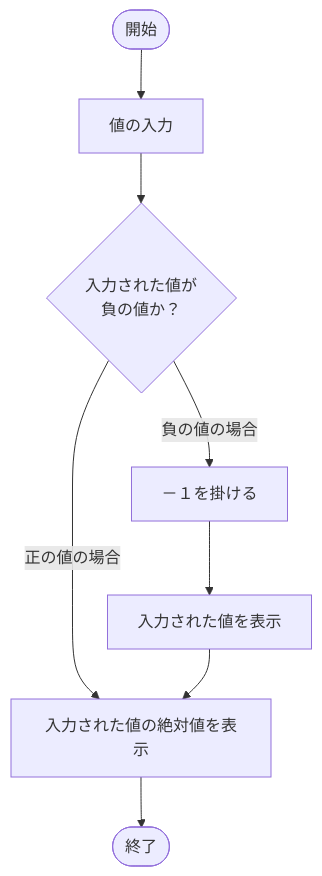
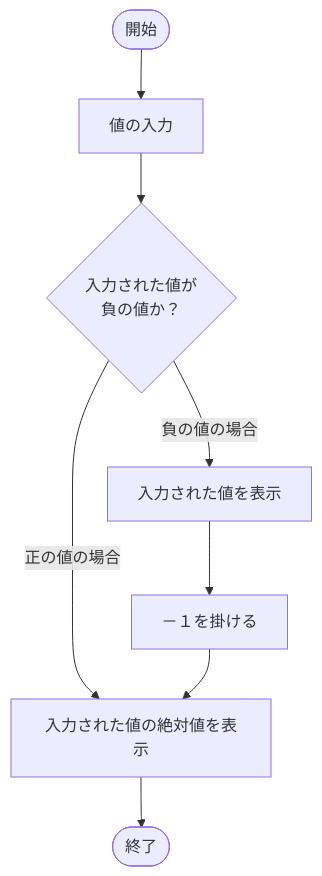
One commit to tpu-game-2023/mermaid_test changed the first of 3 diagrams in README.md. Above: the diagram before and after it, drawn with Mermaid. The commit also changed other lines of this file, not shown here.

````diff
--- a/README.md
+++ b/README.md
@@ -20,10 +20,10 @@
 ```mermaid
 flowchart TD;
   A(["開始"]) --> B["値の入力"];
   B["値の入力"] --> C{"入力された値が負の値か？"};
-  C{"入力された値が\n負の値か？"} --"負の値の場合"--> D["－１を掛ける"];
+  C{"入力された値が\n負の値か？"} --"負の値の場合"--> D["入力された値を表示"];
   C{"入力された値が\n負の値か？"} --"正の値の場合"--> F["入力された値の絶対値を表示"];
-  D["－１を掛ける"] --> E["入力された値を表示"];
-  E["入力された値を表示"] --> F["入力された値の絶対値を表示"]; 
+  D["入力された値を表示"] --> E["－１を掛ける"];
+  E["－１を掛ける"] --> F["入力された値の絶対値を表示"]; 
   F["入力された値の絶対値を表示"] --> G(["終了"]);
 ```
````
